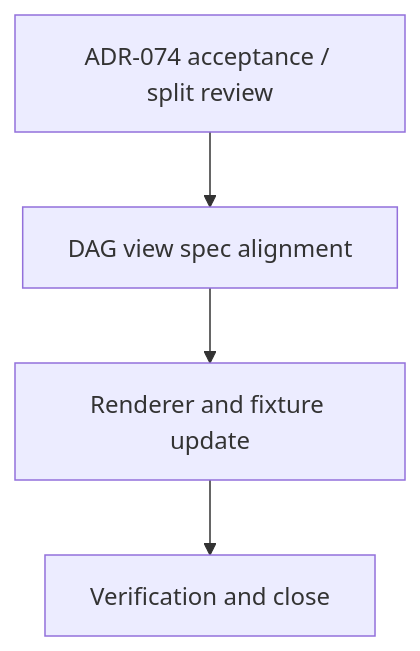
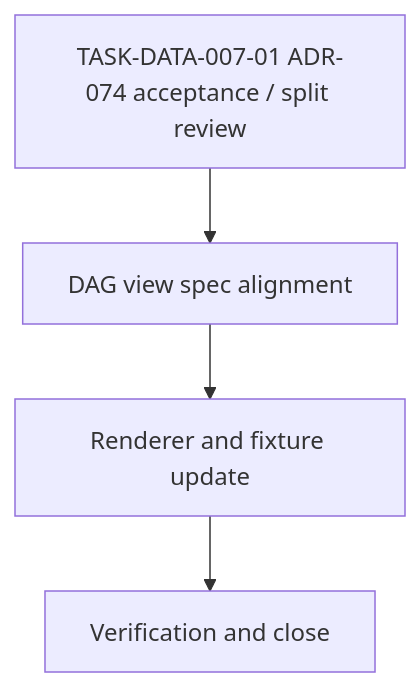
One commit to hiroshiasayadev-prog/brewprint changed the diagram in docs/work-items/data/WORK-DATA-007-dag-asset-typeref-hint-render-support.md. Above: the diagram before and after it, drawn with Mermaid. The commit also changed other lines of this file and 8 other files, not shown here.

````diff
--- a/docs/work-items/data/WORK-DATA-007-dag-asset-typeref-hint-render-support.md
+++ b/docs/work-items/data/WORK-DATA-007-dag-asset-typeref-hint-render-support.md
@@ -51,8 +54,8 @@
 ```mermaid
 flowchart TD
-  T1["ADR-074 acceptance / split review"]
+  T1["TASK-DATA-007-01 ADR-074 acceptance / split review"]
   T2["DAG view spec alignment"]
   T3["Renderer and fixture update"]
   T4["Verification and close"]
   T1 --> T2 --> T3 --> T4
 ```
````
